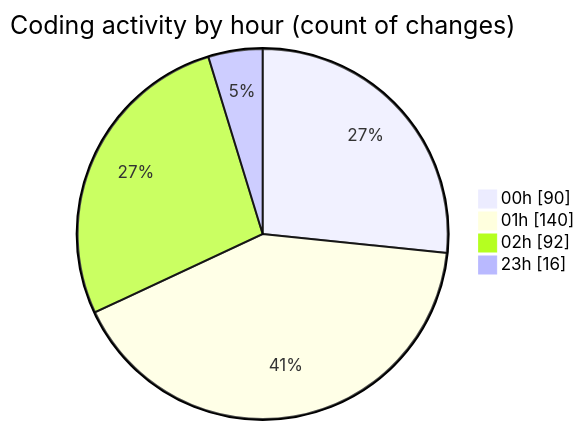
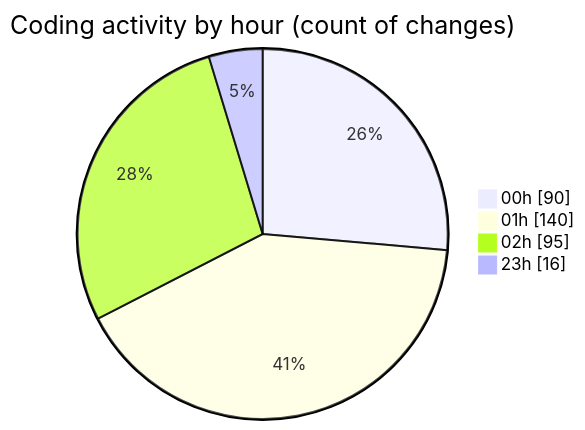
Before and after one commit to Ritupan-Deka/code-tracking: the second of 2 diagrams in 2025-05-26/projects/README.md, drawn with Mermaid. The commit also changed other lines of this file and 1 other file, not shown here.

````diff
--- a/2025-05-26/projects/README.md
+++ b/2025-05-26/projects/README.md
@@ -33,8 +33,8 @@
 ```mermaid
 pie showData
 title Coding activity by hour (count of changes)
 "00h" : 90
 "01h" : 140
-"02h" : 92
+"02h" : 95
 "23h" : 16
 ```
````
